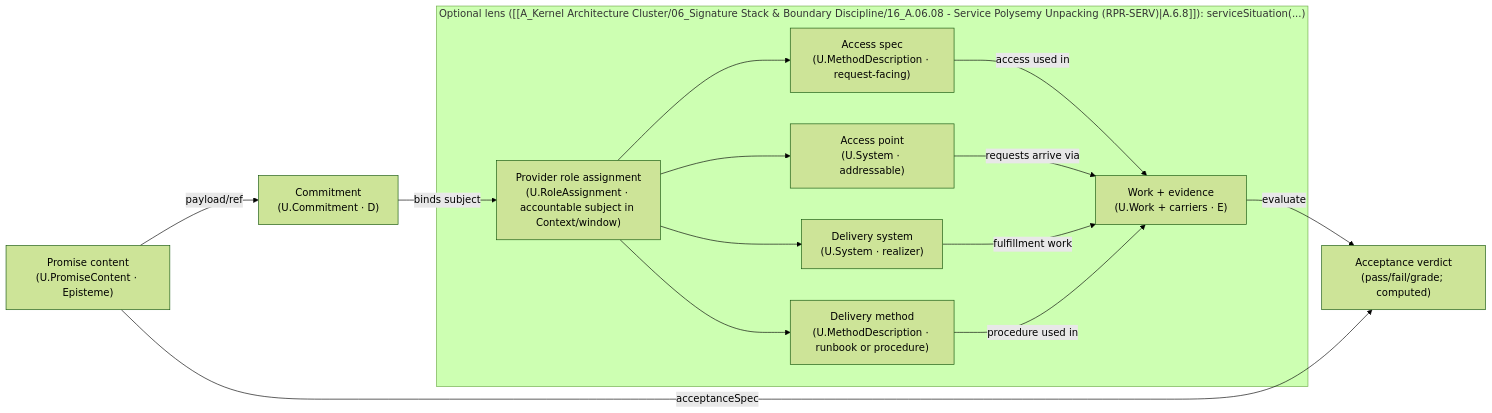
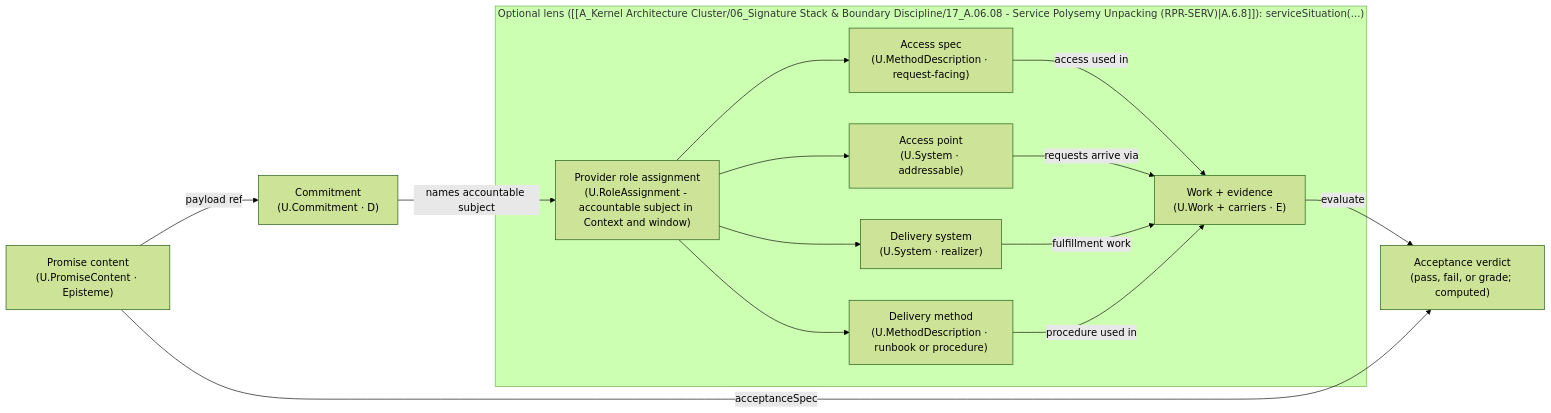
One commit to anatoly-m-maslennikov/FPF-obsidianized changed the diagram in FPF-Spec/A_Kernel Architecture Cluster/02_Role Taxonomy/03_A.02.03 - U.PromiseContent (Promise Content).md. Above: the diagram before and after it, drawn with Mermaid (forest theme). The commit also changed other lines of this file and 404 other files, not shown here.

Commit message:
build(obsidian): regenerate FPF graph

````diff
--- a/FPF-Spec/A_Kernel Architecture Cluster/02_Role Taxonomy/03_A.02.03 - U.PromiseContent (Promise Content).md
+++ b/FPF-Spec/A_Kernel Architecture Cluster/02_Role Taxonomy/03_A.02.03 - U.PromiseContent (Promise Content).md
@@ -231,32 +257,32 @@
 ```mermaid
 flowchart LR
   SC["Promise content<br/>(U.PromiseContent · Episteme)"]
   C["Commitment<br/>(U.Commitment · D)"]
-  RA["Provider role assignment<br/>(U.RoleAssignment · accountable subject in Context/window)"]
+  RA["Provider role assignment<br/>(U.RoleAssignment - accountable subject in Context and window)"]
 
-  subgraph LENS["Optional lens ([[A_Kernel Architecture Cluster/06_Signature Stack & Boundary Discipline/16_A.06.08 - Service Polysemy Unpacking (RPR-SERV)|A.6.8]]): serviceSituation(...)"]
+  subgraph LENS["Optional lens ([[A_Kernel Architecture Cluster/06_Signature Stack & Boundary Discipline/17_A.06.08 - Service Polysemy Unpacking (RPR-SERV)|A.6.8]]): serviceSituation(...)"]
     AS["Access spec<br/>(U.MethodDescription · request‑facing)"]
     AP["Access point<br/>(U.System · addressable)"]
     DS["Delivery system<br/>(U.System · realizer)"]
     DM["Delivery method<br/>(U.MethodDescription · runbook or procedure)"]
   end
 
   W["Work + evidence<br/>(U.Work + carriers · E)"]
-  V["Acceptance verdict<br/>(pass/fail/grade; computed)"]
+  V["Acceptance verdict<br/>(pass, fail, or grade; computed)"]
 
-  SC -->|"payload/ref"| C
-  C -->|"binds subject"| RA
+  SC -->|"payload ref"| C
+  C -->|"names accountable subject"| RA
 
   RA --> AS
   RA --> AP
   RA --> DS
   RA --> DM
 
   AS -->|"access used in"| W
   AP -->|"requests arrive via"| W
   DS -->|"fulfillment work"| W
   DM -->|"procedure used in"| W
 
   W -->|"evaluate"| V
   SC -->|"acceptanceSpec"| V
 ```
````
